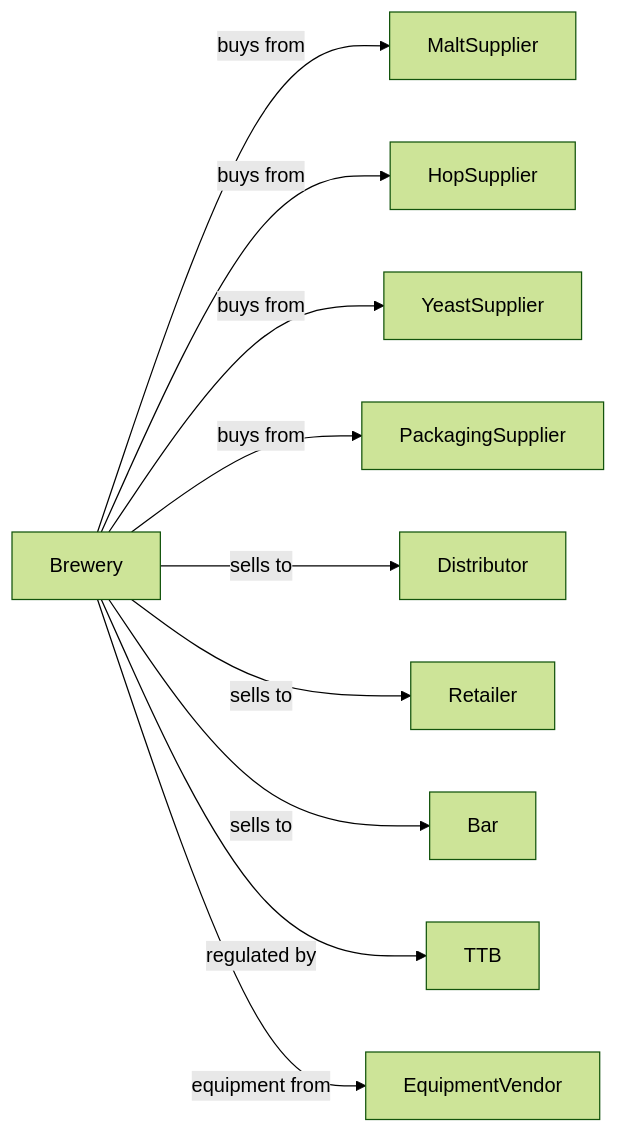
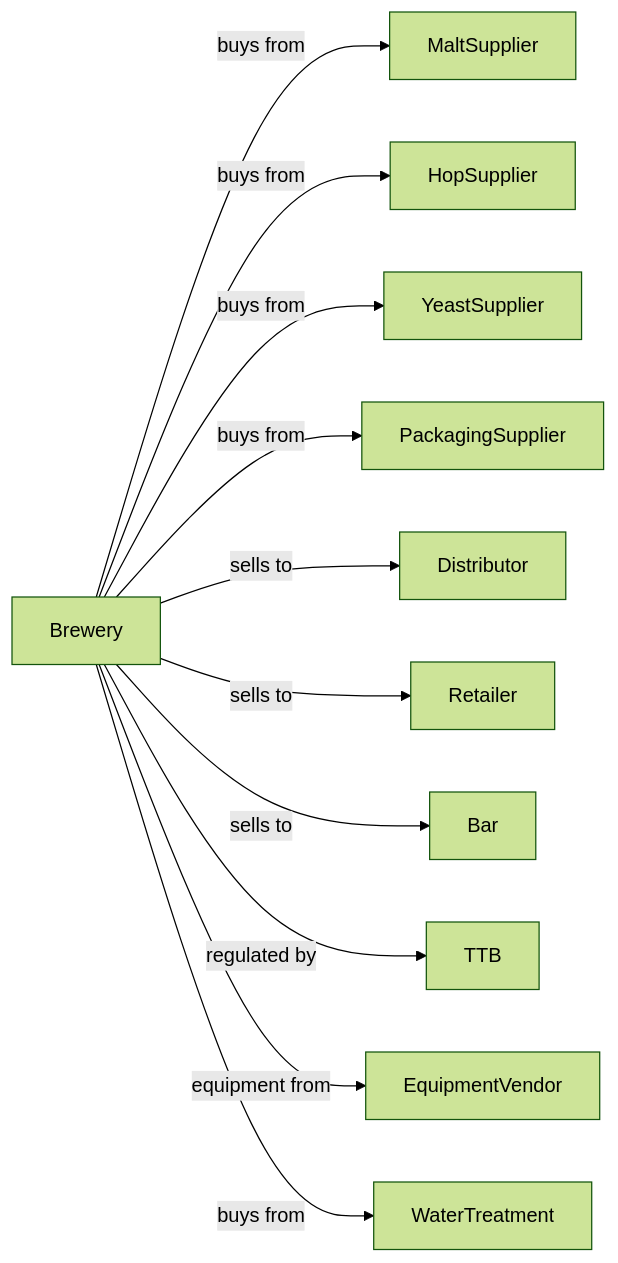
Before and after one commit to dot-org-ai/industries.org.ai: the second of 2 diagrams in Manufacturing/BeverageAndTobaccoProductManufacturing/BeverageManufacturing/Breweries.mdx, drawn with Mermaid (forest theme). The commit also changed other lines of this file and 588 other files, not shown here.

````diff
--- a/Manufacturing/BeverageAndTobaccoProductManufacturing/BeverageManufacturing/Breweries.mdx
+++ b/Manufacturing/BeverageAndTobaccoProductManufacturing/BeverageManufacturing/Breweries.mdx
@@ -139,14 +139,15 @@
 ```mermaid
 graph LR
     B[Brewery]
 
     B -->|buys from| MaltSupplier
     B -->|buys from| HopSupplier
     B -->|buys from| YeastSupplier
     B -->|buys from| PackagingSupplier
     B -->|sells to| Distributor
     B -->|sells to| Retailer
     B -->|sells to| Bar
     B -->|regulated by| TTB
     B -->|equipment from| EquipmentVendor
+    B -->|buys from| WaterTreatment
 ```
````
